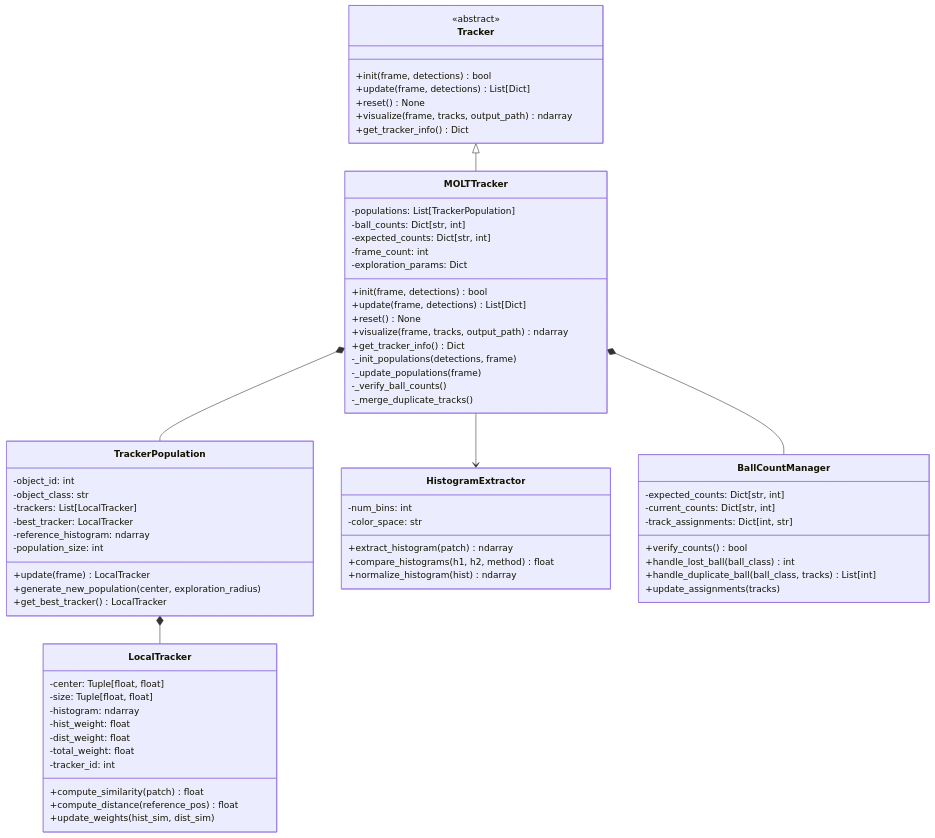
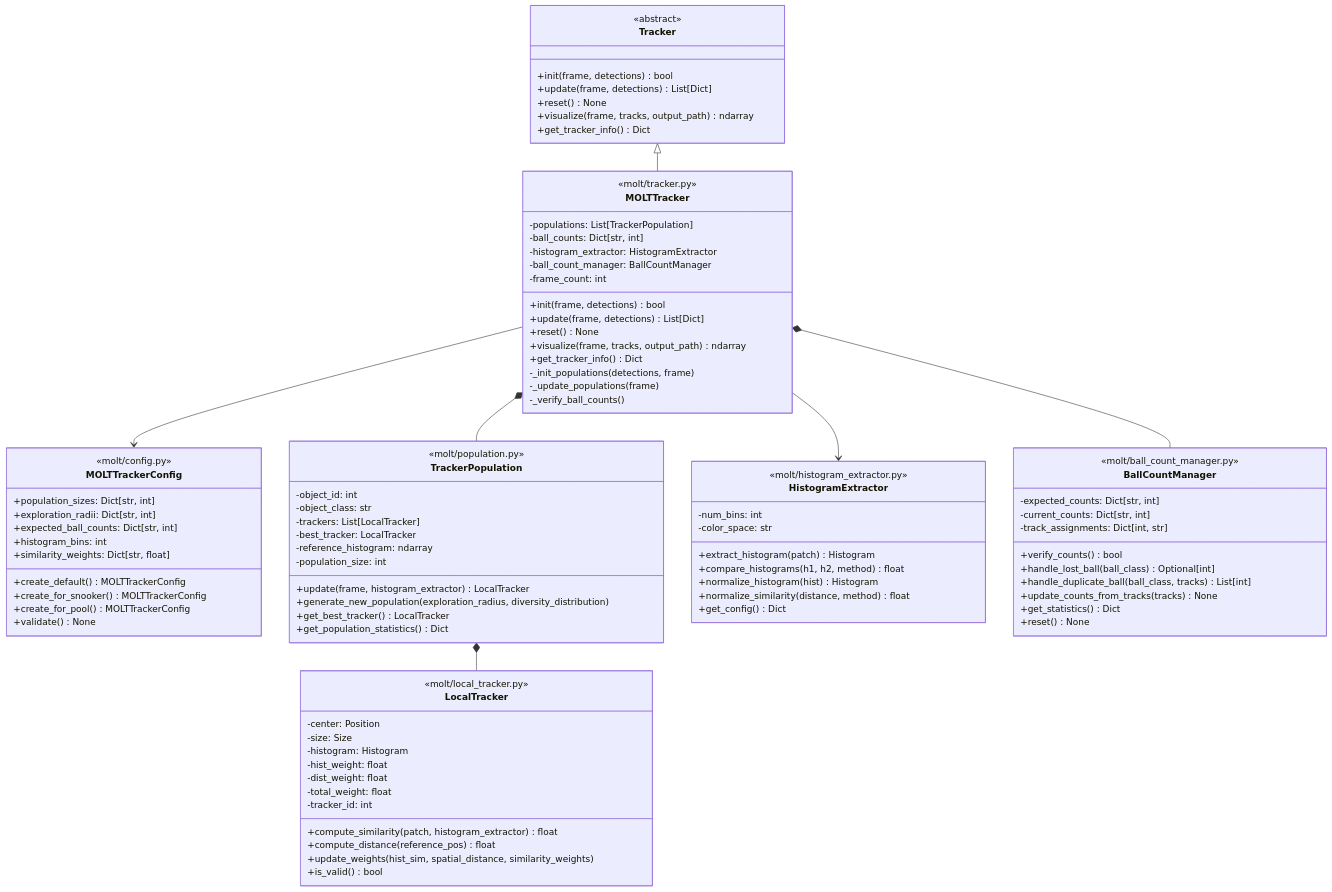
Before and after one commit to esmeagol/physics_inference: the first of 2 diagrams in .kiro/specs/molt-tracker/design.md, drawn with Mermaid. The commit also changed other lines of this file and 4 other files, not shown here.

First line of the commit message:
docs: Update documentation for modular MOLT tracker architecture

````diff
--- a/.kiro/specs/molt-tracker/design.md
+++ b/.kiro/specs/molt-tracker/design.md
@@ -22,11 +38,12 @@
     }
     
     class MOLTTracker {
+        <<molt/tracker.py>>
         -populations: List[TrackerPopulation]
         -ball_counts: Dict[str, int]
-        -expected_counts: Dict[str, int]
+        -histogram_extractor: HistogramExtractor
+        -ball_count_manager: BallCountManager
         -frame_count: int
-        -exploration_params: Dict
         +init(frame, detections) bool
         +update(frame, detections) List[Dict]
         +reset() None
@@ -35,55 +52,78 @@
         -_init_populations(detections, frame)
         -_update_populations(frame)
         -_verify_ball_counts()
-        -_merge_duplicate_tracks()
+    }
+    
+    class MOLTTrackerConfig {
+        <<molt/config.py>>
+        +population_sizes: Dict[str, int]
+        +exploration_radii: Dict[str, int]
+        +expected_ball_counts: Dict[str, int]
+        +histogram_bins: int
+        +similarity_weights: Dict[str, float]
+        +create_default() MOLTTrackerConfig
+        +create_for_snooker() MOLTTrackerConfig
+        +create_for_pool() MOLTTrackerConfig
+        +validate() None
     }
     
     class TrackerPopulation {
+        <<molt/population.py>>
         -object_id: int
         -object_class: str
         -trackers: List[LocalTracker]
         -best_tracker: LocalTracker
         -reference_histogram: ndarray
         -population_size: int
-        +update(frame) LocalTracker
-        +generate_new_population(center, exploration_radius)
+        +update(frame, histogram_extractor) LocalTracker
+        +generate_new_population(exploration_radius, diversity_distribution)
         +get_best_tracker() LocalTracker
+        +get_population_statistics() Dict
     }
     
     class LocalTracker {
-        -center: Tuple[float, float]
-        -size: Tuple[float, float]
-        -histogram: ndarray
+        <<molt/local_tracker.py>>
+        -center: Position
+        -size: Size
+        -histogram: Histogram
         -hist_weight: float
         -dist_weight: float
         -total_weight: float
         -tracker_id: int
-        +compute_similarity(patch) float
+        +compute_similarity(patch, histogram_extractor) float
         +compute_distance(reference_pos) float
-        +update_weights(hist_sim, dist_sim)
+        +update_weights(hist_sim, spatial_distance, similarity_weights)
+        +is_valid() bool
     }
     
     class HistogramExtractor {
+        <<molt/histogram_extractor.py>>
         -num_bins: int
         -color_space: str
-        +extract_histogram(patch) ndarray
+        +extract_histogram(patch) Histogram
         +compare_histograms(h1, h2, method) float
-        +normalize_histogram(hist) ndarray
+        +normalize_histogram(hist) Histogram
+        +normalize_similarity(distance, method) float
+        +get_config() Dict
     }
     
     class BallCountManager {
+        <<molt/ball_count_manager.py>>
         -expected_counts: Dict[str, int]
         -current_counts: Dict[str, int]
         -track_assignments: Dict[int, str]
         +verify_counts() bool
-        +handle_lost_ball(ball_class) int
+        +handle_lost_ball(ball_class) Optional[int]
         +handle_duplicate_ball(ball_class, tracks) List[int]
-        +update_assignments(tracks)
+        +update_counts_from_tracks(tracks) None
+        +get_statistics() Dict
+        +reset() None
     }
     
     Tracker <|-- MOLTTracker
     MOLTTracker *-- TrackerPopulation
     MOLTTracker *-- BallCountManager
+    MOLTTracker --> HistogramExtractor
+    MOLTTracker --> MOLTTrackerConfig
     TrackerPopulation *-- LocalTracker
-    MOLTTracker --> HistogramExtractor
 ```
````
